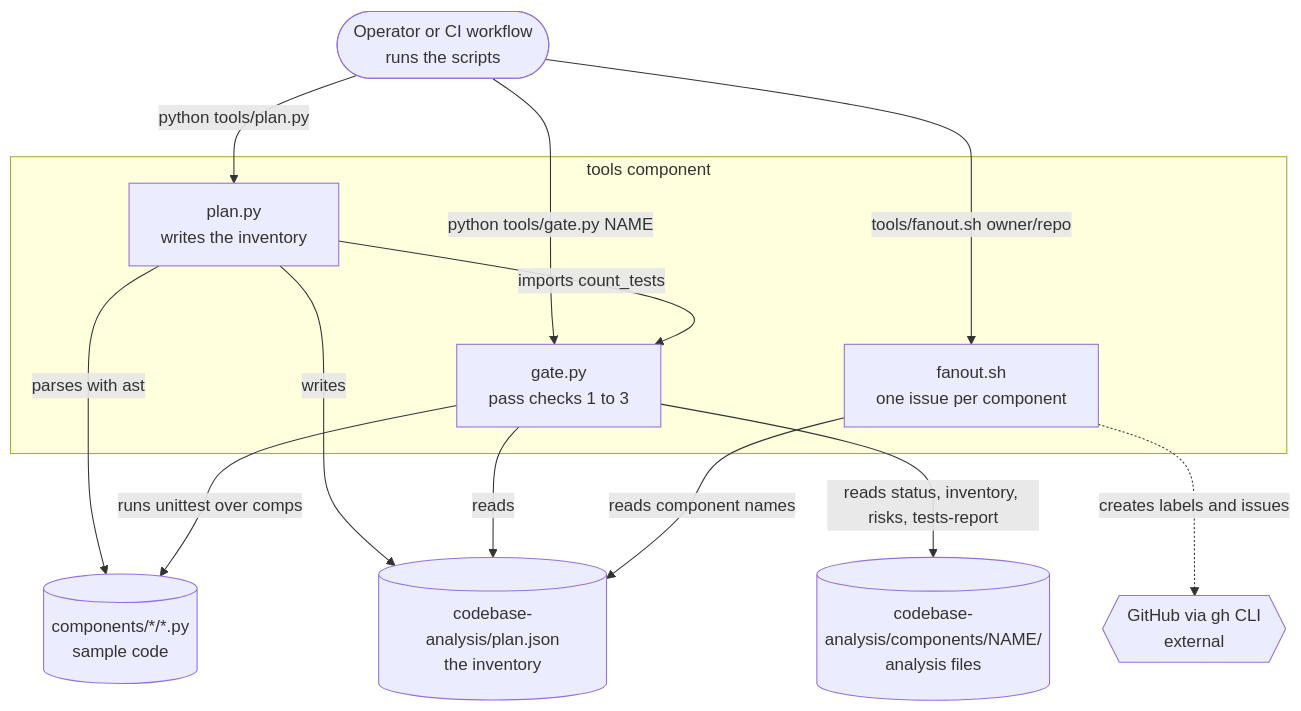
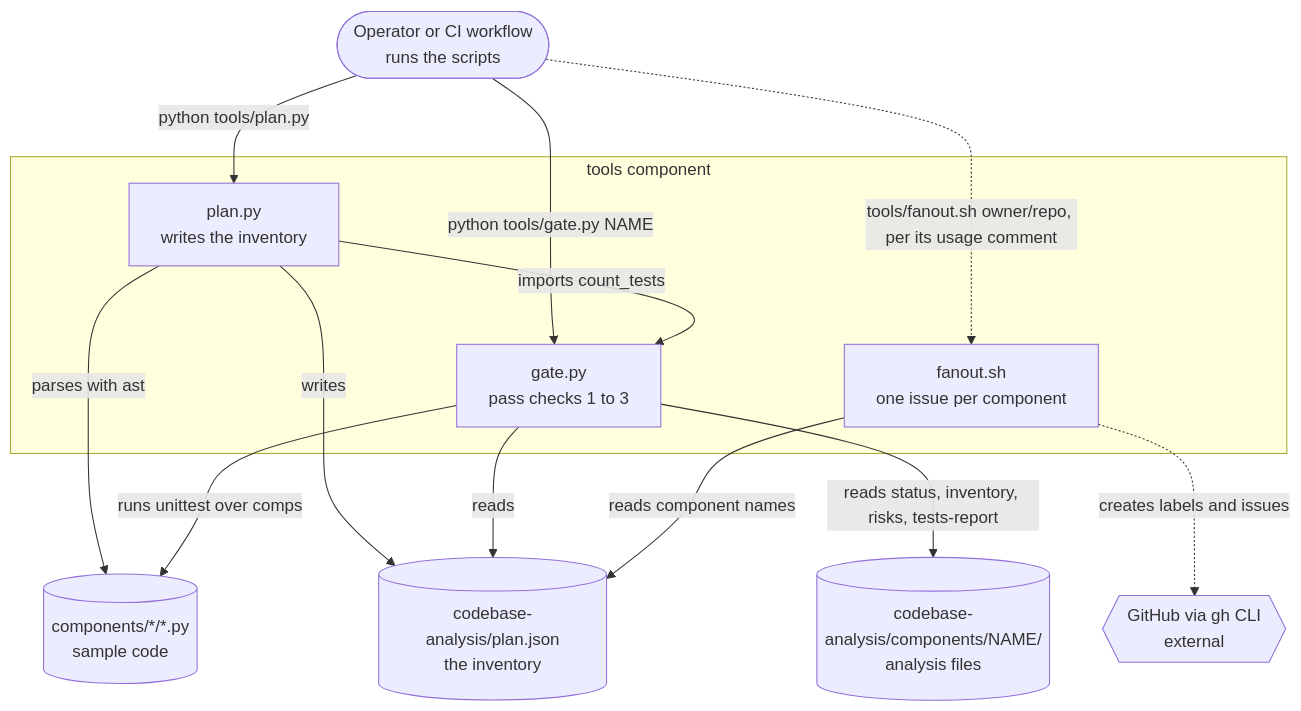
One commit to vishalc412/copilot-fanout-lab changed the diagram in bible/lld/tools/README.md. Above: the diagram before and after it, drawn with Mermaid. The commit also changed other lines of this file and 30 other files, not shown here.

````diff
--- a/bible/lld/tools/README.md
+++ b/bible/lld/tools/README.md
@@ -34,24 +34,24 @@
 ```mermaid
 flowchart TB
   person(["Operator or CI workflow<br/>runs the scripts"])
   subgraph toolsc["tools component"]
     plan["plan.py<br/>writes the inventory"]
     gate["gate.py<br/>pass checks 1 to 3"]
     fanout["fanout.sh<br/>one issue per component"]
   end
   comps[("components/*/*.py<br/>sample code")]
   planjson[("codebase-analysis/plan.json<br/>the inventory")]
   outdir[("codebase-analysis/components/NAME/<br/>analysis files")]
   gh{{"GitHub via gh CLI<br/>external"}}
   person -->|"python tools/plan.py"| plan
-  person -->|"tools/fanout.sh owner/repo"| fanout
+  person -.->|"tools/fanout.sh owner/repo, per its usage comment"| fanout
   person -->|"python tools/gate.py NAME"| gate
   plan -->|"parses with ast"| comps
   plan -->|"imports count_tests"| gate
   plan -->|"writes"| planjson
   gate -->|"reads"| planjson
   gate -->|"reads status, inventory, risks, tests-report"| outdir
   gate -->|"runs unittest over comps"| comps
   fanout -->|"reads component names"| planjson
   fanout -.->|"creates labels and issues"| gh
 ```
````
